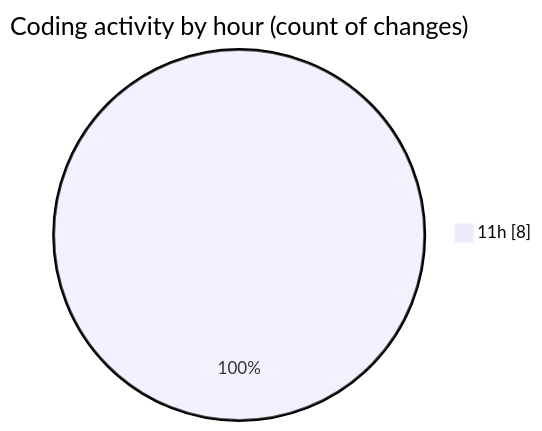
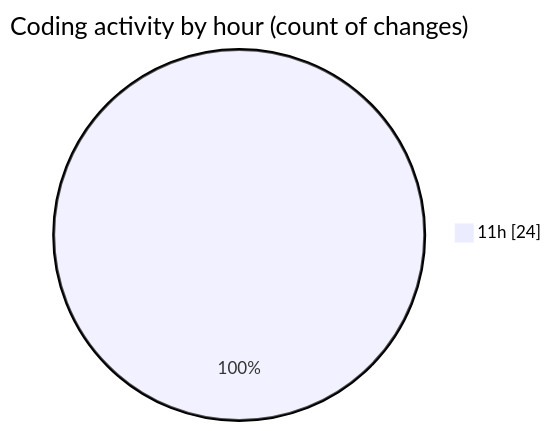
Before and after one commit to robertbonfada/code-tracking: the second of 2 diagrams in 2025-03-17/audiobooks-web/README.md, drawn with Mermaid. The commit also changed other lines of this file and 1 other file, not shown here.

````diff
--- a/2025-03-17/audiobooks-web/README.md
+++ b/2025-03-17/audiobooks-web/README.md
@@ -30,5 +31,5 @@
 ```mermaid
 pie showData
 title Coding activity by hour (count of changes)
-"11h" : 8
+"11h" : 24
 ```
````
